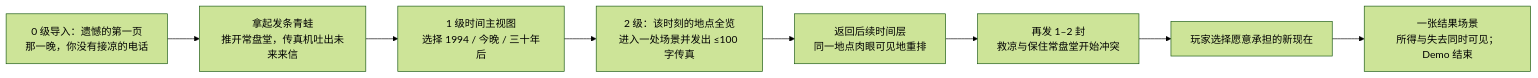
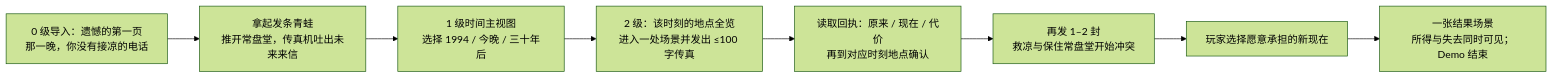
The seventh of 9 diagrams in docs/doc-24-五世界可玩Demo体验设计.md (LudicDynamics/hackathon), drawn with Mermaid (forest theme) before and after one commit. The commit also changed other lines of this file and 11 other files, not shown here.

````diff
--- a/docs/doc-24-五世界可玩Demo体验设计.md
+++ b/docs/doc-24-五世界可玩Demo体验设计.md
@@ -312,10 +326,10 @@
 ```mermaid
 flowchart LR
     A["0 级导入：遗憾的第一页<br/>那一晚，你没有接凉的电话"] --> B["拿起发条青蛙<br/>推开常盘堂，传真机吐出未来来信"]
     B --> C["1 级时间主视图<br/>选择 1994 / 今晚 / 三十年后"]
     C --> D["2 级：该时刻的地点全览<br/>进入一处场景并发出 ≤100 字传真"]
-    D --> E["返回后续时间层<br/>同一地点肉眼可见地重排"]
+    D --> E["读取回执：原来 / 现在 / 代价<br/>再到对应时刻地点确认"]
     E --> F["再发 1–2 封<br/>救凉与保住常盘堂开始冲突"]
     F --> G["玩家选择愿意承担的新现在"]
     G --> H["一张结果场景<br/>所得与失去同时可见；Demo 结束"]
 ```
````
